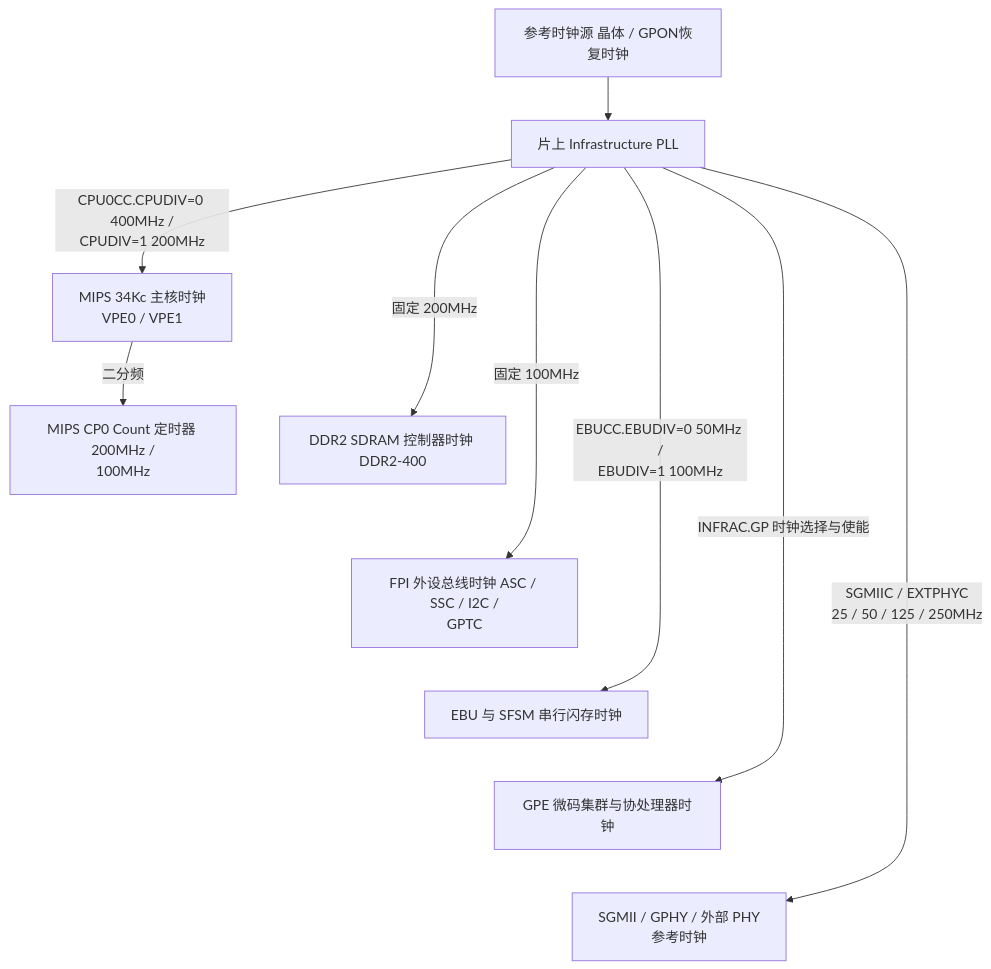
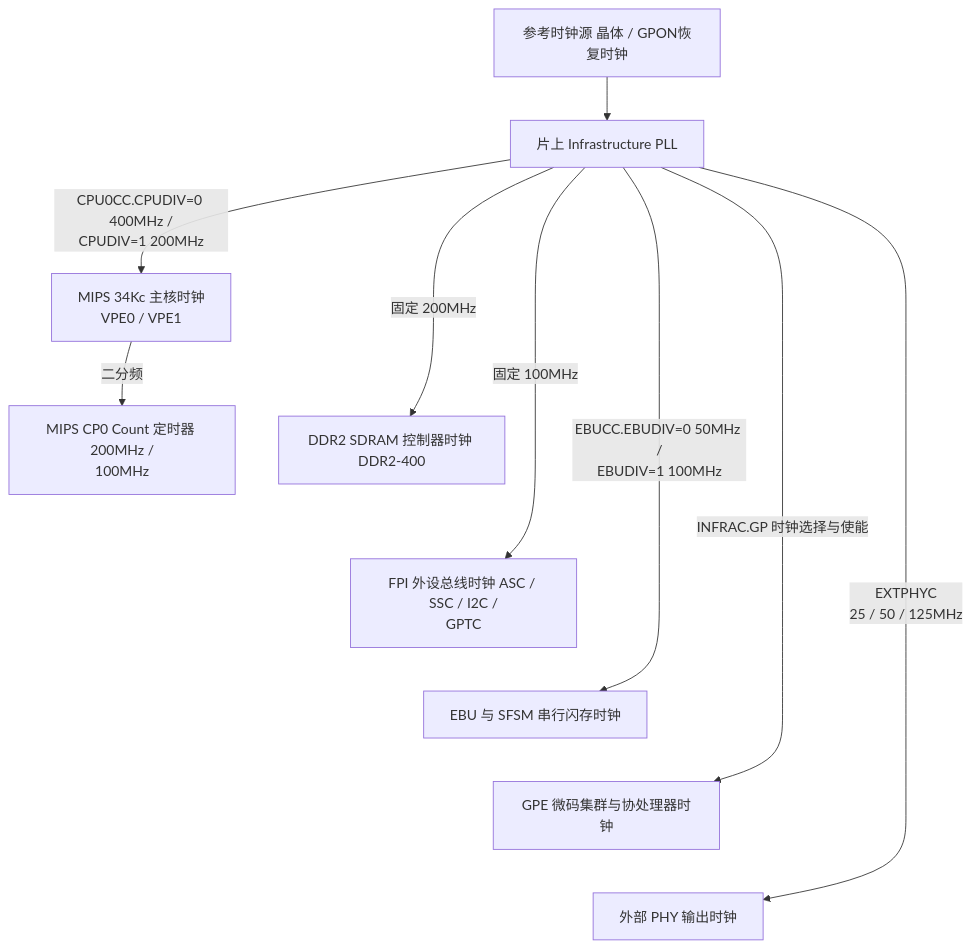
One commit to difanz/lantiq-falcon-s-docs changed the first of 2 diagrams in 02_system_architecture/03_clock_and_reset.md. Above: the diagram before and after it, drawn with Mermaid. The commit also changed other lines of this file and 49 other files, not shown here.

````diff
--- a/02_system_architecture/03_clock_and_reset.md
+++ b/02_system_architecture/03_clock_and_reset.md
@@ -9,15 +9,15 @@
 ```mermaid
 flowchart TD
     REF["参考时钟源 晶体 / GPON恢复时钟"]
     PLL["片上 Infrastructure PLL"]
     REF --> PLL
 
     PLL -->|CPU0CC.CPUDIV=0 400MHz /<br/>CPUDIV=1 200MHz| CPU_CLK["MIPS 34Kc 主核时钟<br/>VPE0 / VPE1"]
     CPU_CLK -->|二分频| CP0_CNT["MIPS CP0 Count 定时器 200MHz /<br/>100MHz"]
     PLL -->|固定 200MHz| DDR_CLK["DDR2 SDRAM 控制器时钟 DDR2-400"]
     PLL -->|固定 100MHz| FPI_CLK["FPI 外设总线时钟 ASC / SSC / I2C /<br/>GPTC"]
     PLL -->|EBUCC.EBUDIV=0 50MHz /<br/>EBUDIV=1 100MHz| EBU_CLK["EBU 与 SFSM 串行闪存时钟"]
     PLL -->|INFRAC.GP 时钟选择与使能| GPE_CLK["GPE 微码集群与协处理器时钟"]
-    PLL -->|SGMIIC / EXTPHYC<br/>25 / 50 / 125 / 250MHz| ETH_CLK["SGMII / GPHY / 外部 PHY<br/>参考时钟"]
+    PLL -->|EXTPHYC<br/>25 / 50 / 125MHz| ETH_CLK["外部 PHY 输出时钟"]
     CPU_CLK ~~~ DDR_CLK ~~~ FPI_CLK ~~~ EBU_CLK ~~~ GPE_CLK ~~~ ETH_CLK
 ```
````
